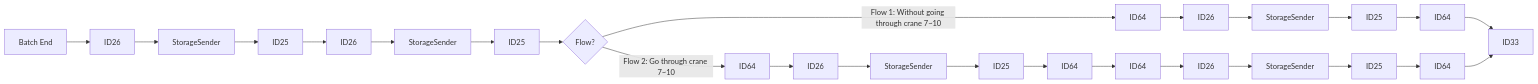
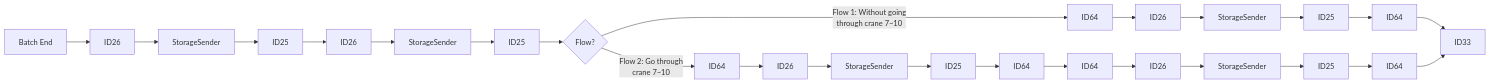
Before and after one commit to luthfiadityaa/SimeDarby-Wiki: the first of 3 diagrams in Basic-Design/DFD-WMS/Storage/Palletizing-Settting/Batch-End.md, drawn with Mermaid.

Commit message:
Updated Batch End

```diff
--- a/Basic-Design/DFD-WMS/Storage/Palletizing-Settting/Batch-End.md
+++ b/Basic-Design/DFD-WMS/Storage/Palletizing-Settting/Batch-End.md
@@ -8,14 +8,16 @@
 ::: mermaid
 flowchart LR
   
 P1[Batch End]-->P2[ID26]-->P3[StorageSender]-->P4[ID25]
 P4[ID25]-->P5[ID26]-->P6[StorageSender]-->P7[ID25]
 P7[ID25]-->Cond1{Flow?} 
-Cond1 --> |Flow 1: Without going through crane 7~10| P8[ID64]
-Cond1 --> |Flow 2: Go through crane 7~10| P9[ID64]
+Cond1 --> |Flow 1: Without going 
+through crane 7~10| P8[ID64]
+Cond1 --> |Flow 2: Go through 
+crane 7~10| P9[ID64]
 P8[ID64]-->P10[ID26]-->P11[StorageSender]-->P12[ID25]-->P13[ID64]
 P9[ID64]-->P15[ID26]-->P16[StorageSender]-->P17[ID25]-->P18[ID64]-->P19[ID64]-->P20[ID26]-->P21[StorageSender]-->P22[ID25]-->P23[ID64]
 
 P13[ID64]-->P14[ID33]
 P23[ID64]-->P14[ID33]
 :::
```
